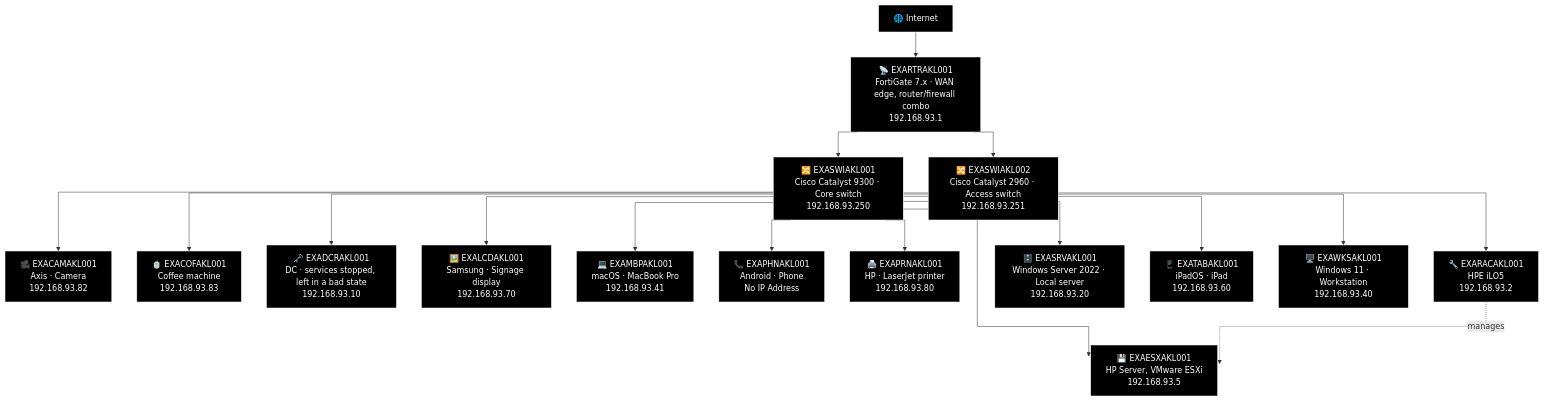
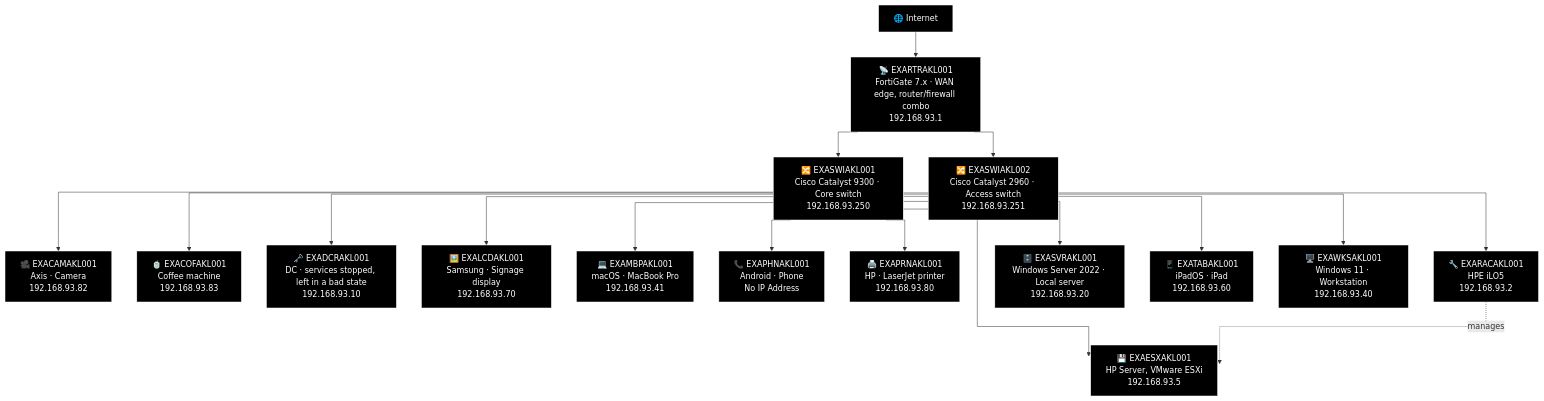
The first of 3 diagrams in docs/network-diagram/new-zealand.md (knightmare2600/example_music_infra), drawn with Mermaid before and after one commit. The commit also changed other lines of this file and 44 other files, not shown here.

````diff
--- a/docs/network-diagram/new-zealand.md
+++ b/docs/network-diagram/new-zealand.md
@@ -29,55 +29,55 @@
 ```mermaid
 %% GENERATED:OLDNETWORK:AKL:START
 %%{init: {'flowchart': {'curve': 'stepAfter'}}}%%
 graph TD
     O_INET["🌐 Internet"]
     O_RTR["📡 EXARTRAKL001<br/>FortiGate 7.x · WAN edge, router/firewall combo<br/>192.168.93.1"]
     O_SWI1["🔀 EXASWIAKL001<br/>Cisco Catalyst 9300 · Core switch<br/>192.168.93.250"]
     O_SWI2["🔀 EXASWIAKL002<br/>Cisco Catalyst 2960 · Access switch<br/>192.168.93.251"]
     O_CAM["🎥 EXACAMAKL001<br/>Axis · Camera<br/>192.168.93.82"]
     O_COF["🍵 EXACOFAKL001<br/>Coffee machine<br/>192.168.93.83"]
     O_DCR["🗝️ EXADCRAKL001<br/>DC · services stopped, left in a bad state<br/>192.168.93.10"]
     O_ESX["💾 EXAESXAKL001<br/>HP Server, VMware ESXi<br/>192.168.93.5"]
     O_LCD["🖼️ EXALCDAKL001<br/>Samsung · Signage display<br/>192.168.93.70"]
     O_MBP["💻 EXAMBPAKL001<br/>macOS · MacBook Pro<br/>192.168.93.41"]
     O_PHN["📞 EXAPHNAKL001<br/>Android · Phone<br/>No IP Address"]
     O_PRN["🖨️ EXAPRNAKL001<br/>HP · LaserJet printer<br/>192.168.93.80"]
     O_RAC["🔧 EXARACAKL001<br/>HPE iLO5<br/>192.168.93.2"]
-    O_SRV["🗄️ EXASRVAKL001<br/>Windows Server 2022 · Local server<br/>192.168.93.20"]
+    O_SRV["🗄️ EXASVRAKL001<br/>Windows Server 2022 · Local server<br/>192.168.93.20"]
     O_TAB["📱 EXATABAKL001<br/>iPadOS · iPad<br/>192.168.93.60"]
     O_WKS["🖥️ EXAWKSAKL001<br/>Windows 11 · Workstation<br/>192.168.93.40"]
     O_INET --> O_RTR
     O_RTR --> O_SWI1
     O_RTR --> O_SWI2
     O_SWI1 --> O_CAM
     O_SWI1 --> O_COF
     O_SWI1 --> O_DCR
     O_SWI1 --> O_ESX
     O_SWI1 --> O_LCD
     O_SWI1 --> O_MBP
     O_SWI1 --> O_PHN
     O_SWI1 --> O_PRN
     O_SWI1 --> O_RAC
     O_RAC -.->|"manages"| O_ESX
     O_SWI1 --> O_SRV
     O_SWI1 --> O_TAB
     O_SWI1 --> O_WKS
 
     style O_INET fill:#000000,stroke:#FFFFFF,color:#FFFFFF
     style O_RTR fill:#000000,stroke:#FFFFFF,color:#FFFFFF
     style O_SWI1 fill:#000000,stroke:#FFFFFF,color:#FFFFFF
     style O_SWI2 fill:#000000,stroke:#FFFFFF,color:#FFFFFF
     style O_CAM fill:#000000,stroke:#FFFFFF,color:#FFFFFF
     style O_COF fill:#000000,stroke:#FFFFFF,color:#FFFFFF
     style O_DCR fill:#000000,stroke:#FFFFFF,color:#FFFFFF
     style O_ESX fill:#000000,stroke:#FFFFFF,color:#FFFFFF
     style O_LCD fill:#000000,stroke:#FFFFFF,color:#FFFFFF
     style O_MBP fill:#000000,stroke:#FFFFFF,color:#FFFFFF
     style O_PHN fill:#000000,stroke:#FFFFFF,color:#FFFFFF
     style O_PRN fill:#000000,stroke:#FFFFFF,color:#FFFFFF
     style O_RAC fill:#000000,stroke:#FFFFFF,color:#FFFFFF
     style O_SRV fill:#000000,stroke:#FFFFFF,color:#FFFFFF
     style O_TAB fill:#000000,stroke:#FFFFFF,color:#FFFFFF
     style O_WKS fill:#000000,stroke:#FFFFFF,color:#FFFFFF
 %% GENERATED:OLDNETWORK:AKL:END
 ```
````
